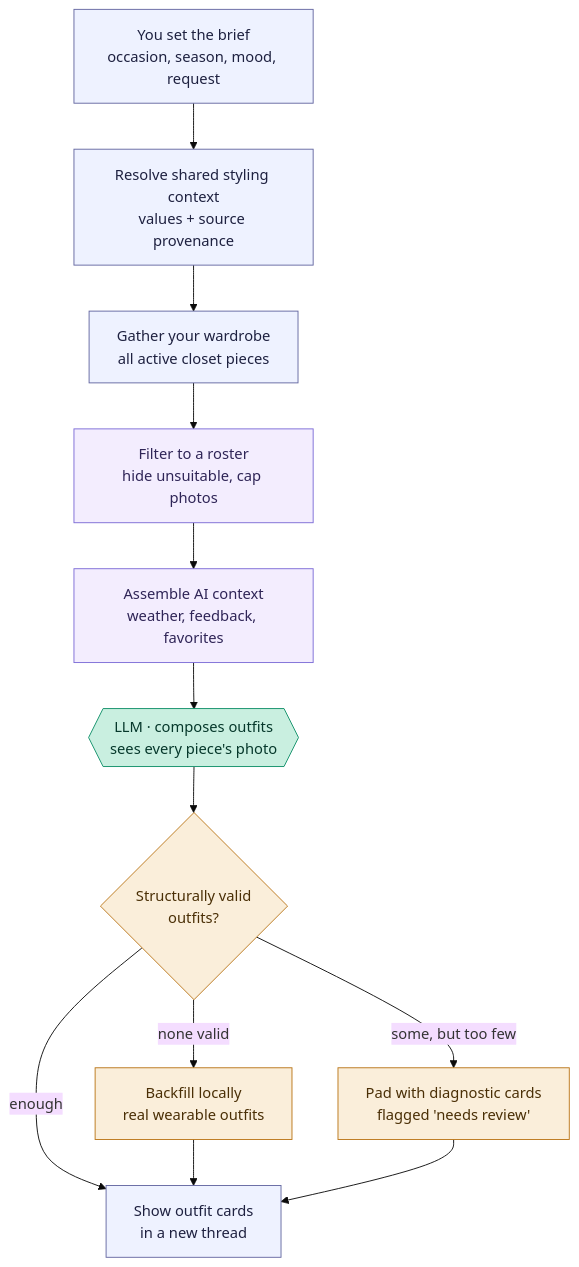
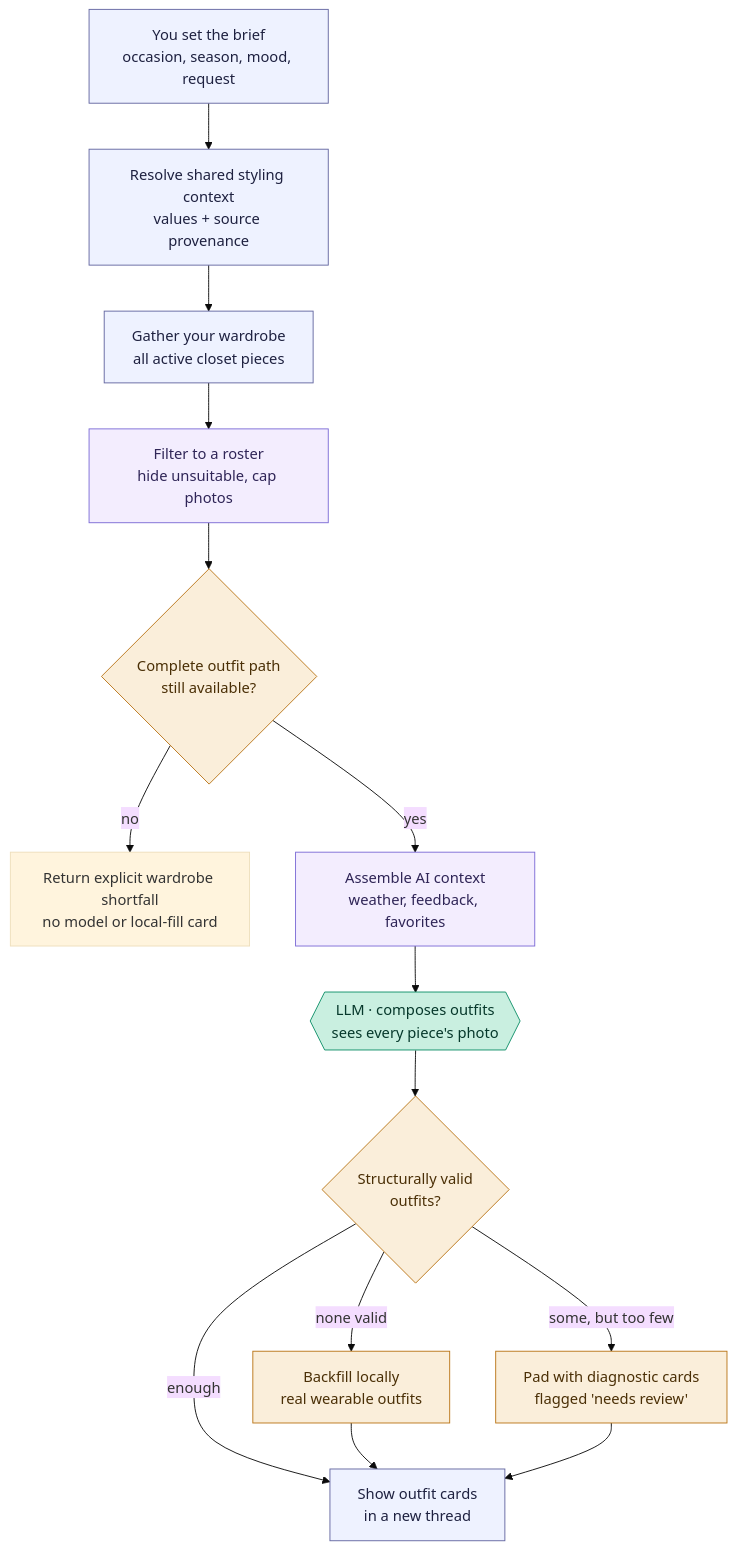
One commit to yunap/closet changed the second of 4 diagrams in docs/flows/use-my-wardrobe.md. Above: the diagram before and after it, drawn with Mermaid (base theme). The commit also changed other lines of this file and 20 other files, not shown here.

````diff
--- a/docs/flows/use-my-wardrobe.md
+++ b/docs/flows/use-my-wardrobe.md
@@ -27,21 +27,23 @@
 ```mermaid
 flowchart TD
     A["You set the brief<br/>occasion, season, mood, request"] --> X["Resolve shared styling context<br/>values + source provenance"]
     X --> B["Gather your wardrobe<br/>all active closet pieces"]
     B --> C["Filter to a roster<br/>hide unsuitable, cap photos"]
-    C --> D["Assemble AI context<br/>weather, feedback, favorites"]
+    C --> Q{"Complete outfit path<br/>still available?"}
+    Q -->|no| S["Return explicit wardrobe shortfall<br/>no model or local-fill card"]
+    Q -->|yes| D["Assemble AI context<br/>weather, feedback, favorites"]
     D --> E{{"LLM · composes outfits<br/>sees every piece's photo"}}
     E --> F{"Structurally valid<br/>outfits?"}
     F -->|enough| I["Show outfit cards<br/>in a new thread"]
     F -->|none valid| G["Backfill locally<br/>real wearable outfits"] --> I
     F -->|some, but too few| H["Pad with diagnostic cards<br/>flagged 'needs review'"] --> I
 
     classDef app fill:#eef2ff,stroke:#6366a0,color:#1e2140;
     classDef rules fill:#f3edfe,stroke:#7c6bd6,color:#2f2557;
     classDef model fill:#c9efe0,stroke:#0f8f68,color:#06382b;
     classDef check fill:#faeeda,stroke:#ba7517,color:#4a2f06;
     class A,X,B,I app;
     class C,D rules;
     class E model;
-    class F,G,H check;
+    class Q,F,G,H check;
 ```
````
